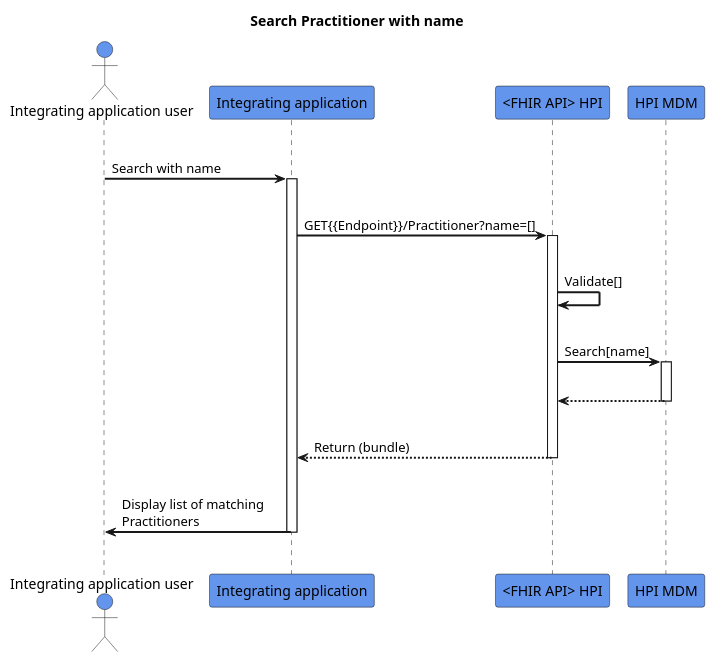
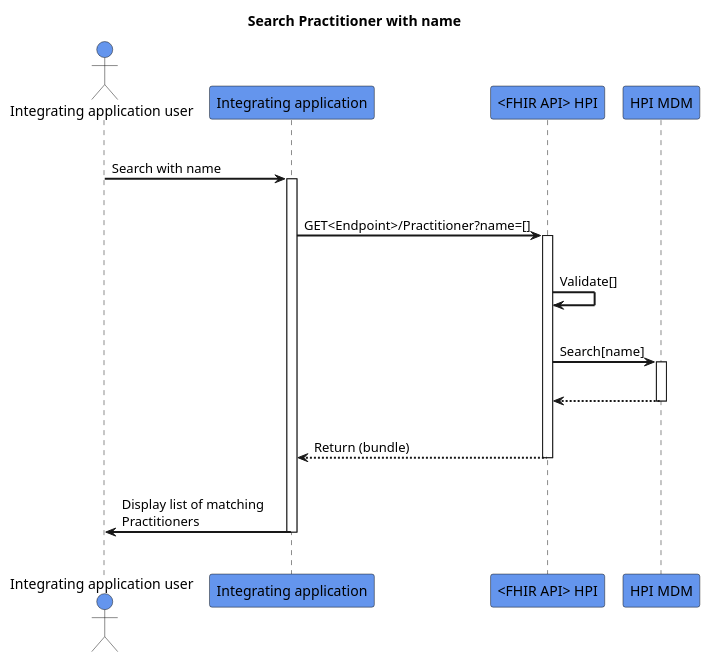
One commit to HL7NZ/hpi changed the diagram in input/images-source/search-practitioner-withname.plantuml. Above: the diagram before and after it, drawn with PlantUML.

```diff
--- a/input/images-source/search-practitioner-withname.plantuml
+++ b/input/images-source/search-practitioner-withname.plantuml
@@ -1,32 +1,32 @@
 @startuml
 skinparam sequenceArrowThickness 2
 skinparam roundcorner 5
 skinparam maxmessagesize 180
 skinparam sequenceParticipant bold
 title Search Practitioner with name
 actor "Integrating application user" as User #CornflowerBlue
 participant "Integrating application" as A #CornflowerBlue
 participant "<FHIR API> HPI" as B #CornflowerBlue
 participant "HPI MDM" as C #CornflowerBlue
 |||
 User -> A: Search with name
 activate A
 |||
-A -> B: GET{{Endpoint}}/Practitioner?name=[]
+A -> B: GET<Endpoint>/Practitioner?name=[]
 activate B
 |||
 B -> B: Validate[]
 |||
 B -> C: Search[name]
 activate C
 |||
 C -[dashed]-> B:  
 deactivate C
 |||
 B -[dashed]-> A:Return (bundle)
 deactivate B
 |||
 A -> User: Display list of matching Practitioners
 deactivate A
 |||
 @enduml
```
